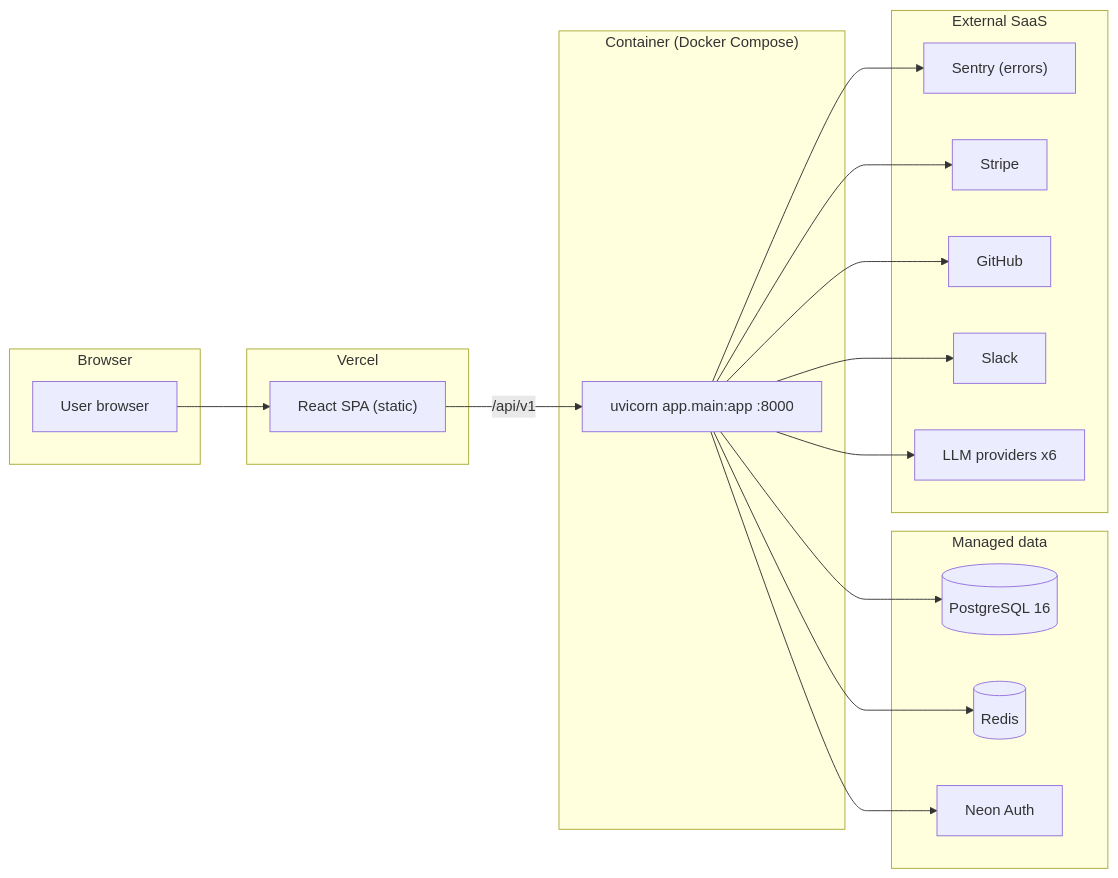
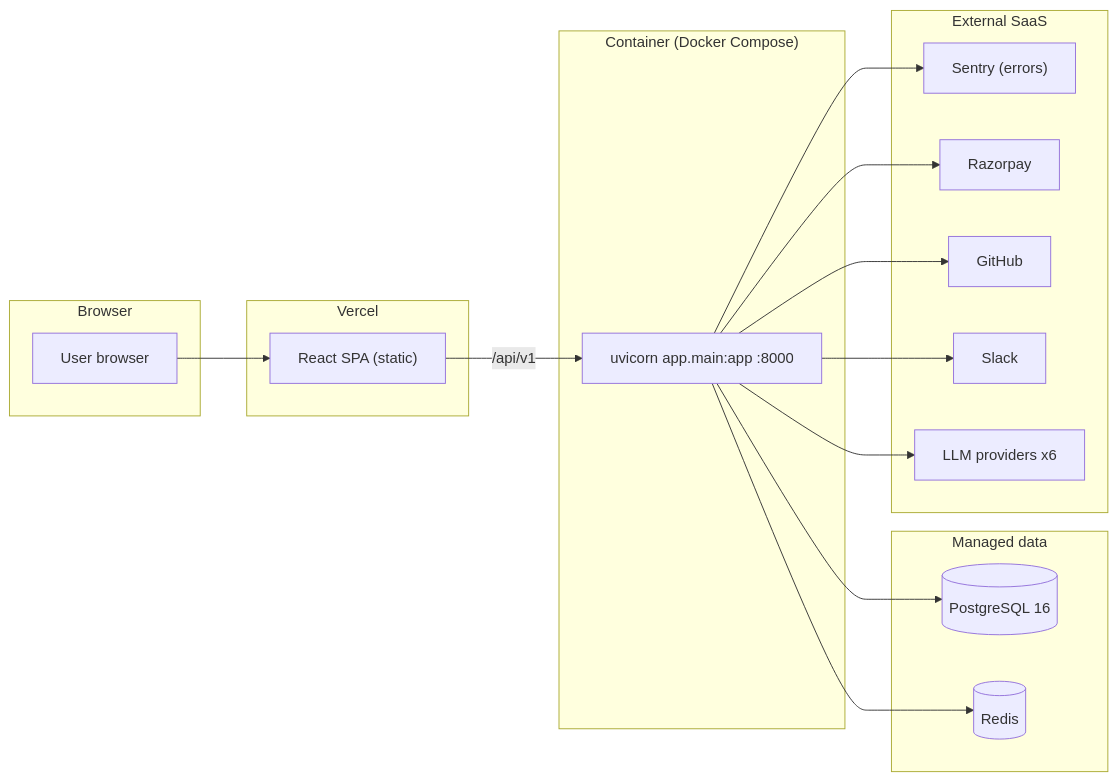
Before and after one commit to KunjShah95/onramp: the fifth of 5 diagrams in docs/ARCHITECTURE_DIAGRAM.md, drawn with Mermaid. The commit also changed other lines of this file and 38 other files, not shown here.

First line of the commit message:
feat: migrate payment processing from Stripe to Razorpay

````diff
--- a/docs/ARCHITECTURE_DIAGRAM.md
+++ b/docs/ARCHITECTURE_DIAGRAM.md
@@ -148,35 +147,33 @@
 ```mermaid
 graph LR
     subgraph Browser
         U["User browser"]
     end
     subgraph VercelEdge["Vercel"]
         SPA["React SPA (static)"]
     end
     subgraph Backend["Container (Docker Compose)"]
         UVI["uvicorn app.main:app :8000"]
     end
     subgraph Managed["Managed data"]
         PGm[("PostgreSQL 16")]
         REDISm[("Redis")]
-        NEON["Neon Auth"]
     end
     subgraph Ext["External SaaS"]
         SENTRY["Sentry (errors)"]
-        STRIPEd["Stripe"]
+        RAZORd["Razorpay"]
         GHd["GitHub"]
         SLACKd["Slack"]
         LLMd["LLM providers x6"]
     end
 
     U --> SPA
     SPA -->|/api/v1| UVI
     UVI --> PGm
     UVI --> REDISm
-    UVI --> NEON
     UVI --> SENTRY
-    UVI --> STRIPEd
+    UVI --> RAZORd
     UVI --> GHd
     UVI --> SLACKd
     UVI --> LLMd
 ```
````
